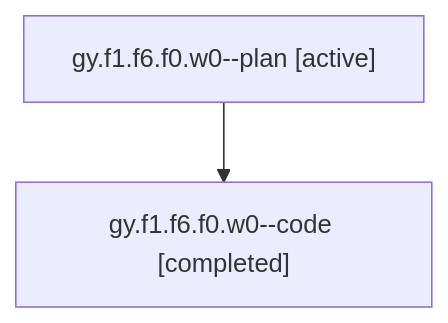
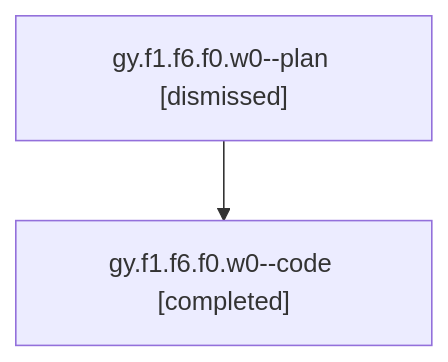
The diagram in sessions/bbugyi200.athena.gy.f1.f6.f0.w0.md (sase-org/sase--agents), drawn with Mermaid before and after one commit. The commit also changed other lines of this file and 74 other files, not shown here.

````diff
--- a/sessions/bbugyi200.athena.gy.f1.f6.f0.w0.md
+++ b/sessions/bbugyi200.athena.gy.f1.f6.f0.w0.md
@@ -9,6 +9,6 @@
 ```mermaid
 flowchart TD
-  n0["gy.f1.f6.f0.w0--plan [active]"]
+  n0["gy.f1.f6.f0.w0--plan [dismissed]"]
   n1["gy.f1.f6.f0.w0--code [completed]"]
   n0 --> n1
 ```
````
